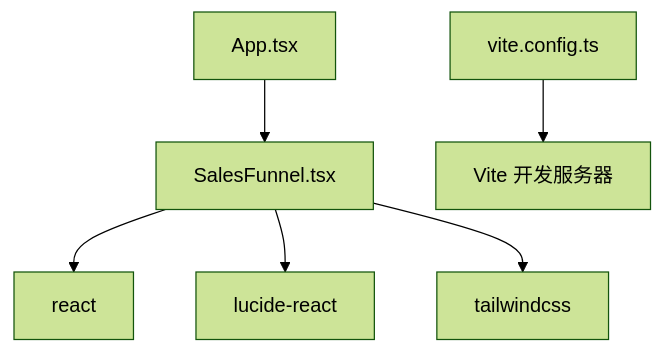
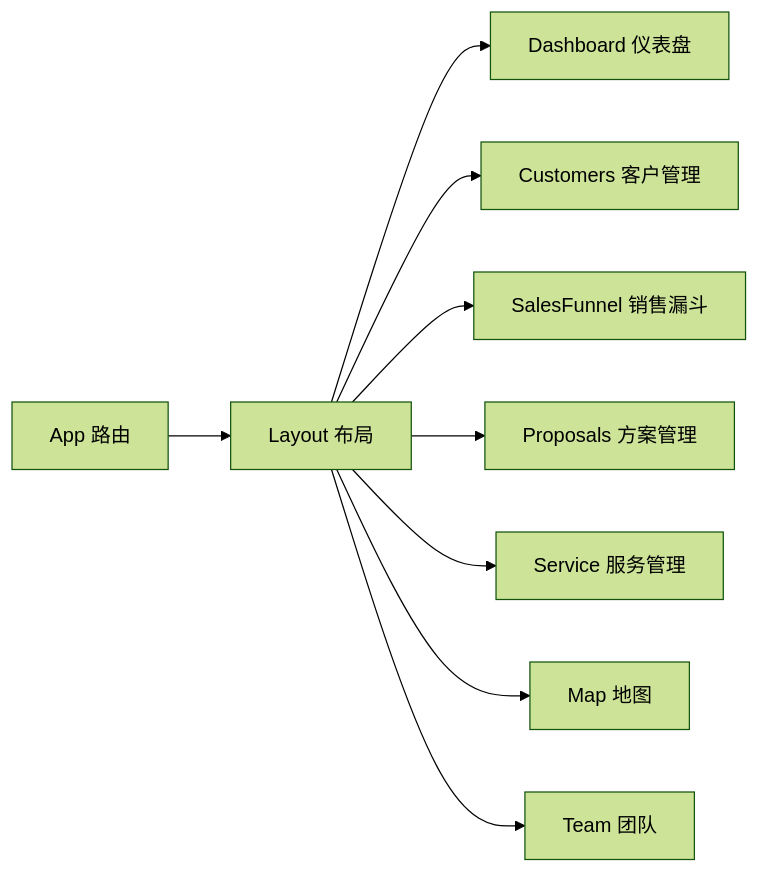
The fifth of 5 diagrams in .qoder/repowiki/zh/content/核心组件/销售漏斗组件 (SalesFunnel).md (xianjianshenqu/SalesFlow-CRM), drawn with Mermaid (forest theme) before and after one commit. The commit also changed other lines of this file and 25 other files, not shown here.

````diff
--- a/.qoder/repowiki/zh/content/核心组件/销售漏斗组件 (SalesFunnel).md
+++ b/.qoder/repowiki/zh/content/核心组件/销售漏斗组件 (SalesFunnel).md
@@ -226,8 +288,11 @@
 ```mermaid
-graph TB
-SF["SalesFunnel.tsx"] --> React["react"]
-SF --> Icons["lucide-react"]
-SF --> Tailwind["tailwindcss"]
-App["App.tsx"] --> SF
-Build["vite.config.ts"] --> Dev["Vite 开发服务器"]
+graph LR
+AP["App 路由"] --> LY["Layout 布局"]
+LY --> D["Dashboard 仪表盘"]
+LY --> C["Customers 客户管理"]
+LY --> F["SalesFunnel 销售漏斗"]
+LY --> P["Proposals 方案管理"]
+LY --> S["Service 服务管理"]
+LY --> M["Map 地图"]
+LY --> T["Team 团队"]
 ```
````
